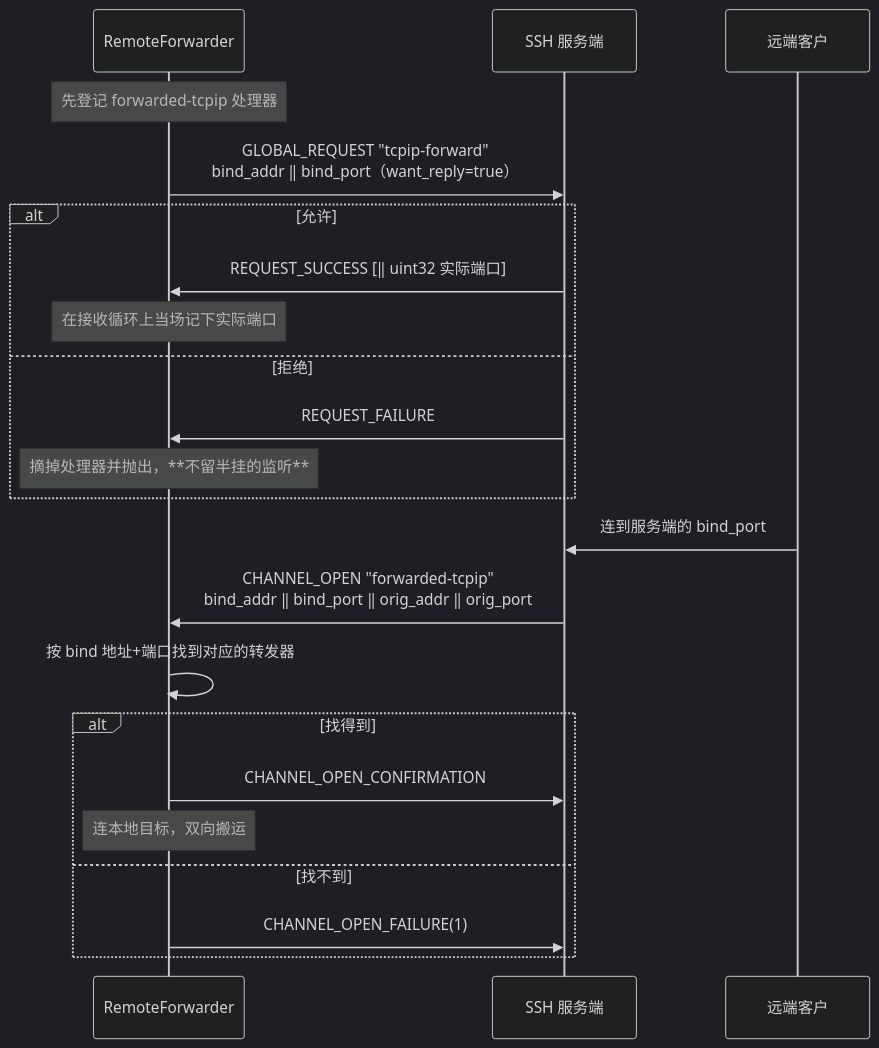
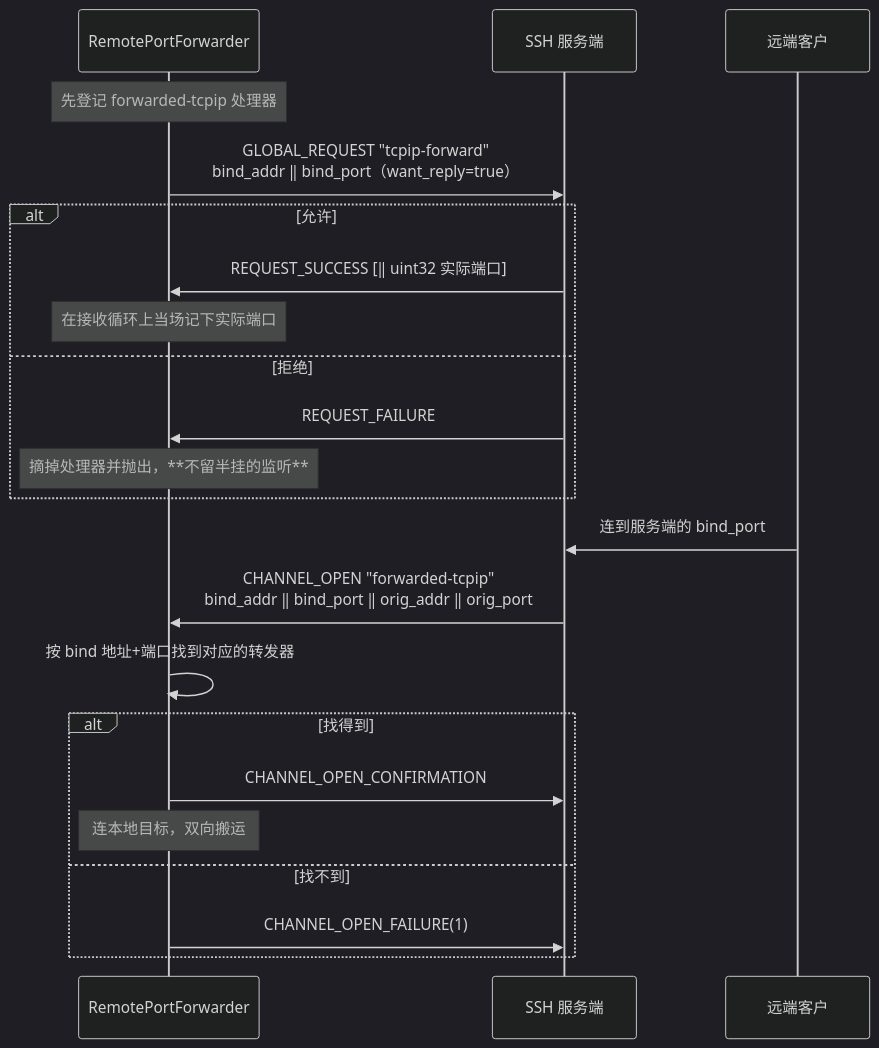
One commit to VelaShellLabs/velashell-docs changed the second of 2 diagrams in zh/ssh/spec/07-forwarding.md. Above: the diagram before and after it, drawn with Mermaid (dark theme). The commit also changed other lines of this file and 23 other files, not shown here.

````diff
--- a/zh/ssh/spec/07-forwarding.md
+++ b/zh/ssh/spec/07-forwarding.md
@@ -191,26 +191,26 @@
 ```mermaid
 sequenceDiagram
-    participant F as RemoteForwarder
+    participant F as RemotePortForwarder
     participant S as SSH 服务端
     participant R as 远端客户
 
     Note over F: 先登记 forwarded-tcpip 处理器
     F->>S: GLOBAL_REQUEST "tcpip-forward"<br/>bind_addr ‖ bind_port（want_reply=true）
     alt 允许
         S->>F: REQUEST_SUCCESS [‖ uint32 实际端口]
         Note over F: 在接收循环上当场记下实际端口
     else 拒绝
         S->>F: REQUEST_FAILURE
         Note over F: 摘掉处理器并抛出，**不留半挂的监听**
     end
 
     R->>S: 连到服务端的 bind_port
     S->>F: CHANNEL_OPEN "forwarded-tcpip"<br/>bind_addr ‖ bind_port ‖ orig_addr ‖ orig_port
     F->>F: 按 bind 地址+端口找到对应的转发器
     alt 找得到
         F->>S: CHANNEL_OPEN_CONFIRMATION
         Note over F: 连本地目标，双向搬运
     else 找不到
         F->>S: CHANNEL_OPEN_FAILURE(1)
     end
 ```
````
